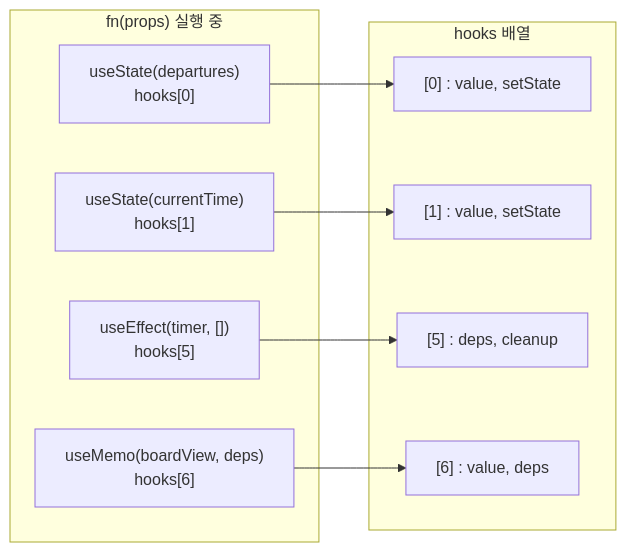
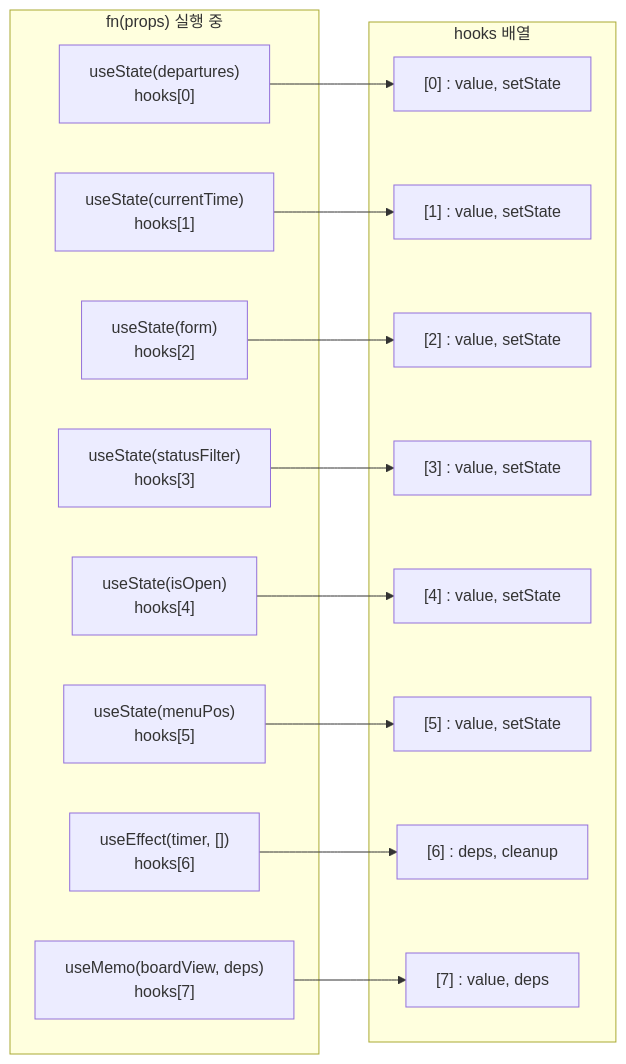
One commit to Jungle-12-303/week5.5_react changed the third of 10 diagrams in README.md. Above: the diagram before and after it, drawn with Mermaid. The commit also changed other lines of this file, not shown here.

````diff
--- a/README.md
+++ b/README.md
@@ -100,21 +117,33 @@
 ```mermaid
 flowchart LR
     subgraph render["fn(props) 실행 중"]
         H1["useState(departures)<br>hooks[0]"]
         H2["useState(currentTime)<br>hooks[1]"]
-        H3["useEffect(timer, [])<br>hooks[5]"]
-        H4["useMemo(boardView, deps)<br>hooks[6]"]
+        H3["useState(form)<br>hooks[2]"]
+        H4["useState(statusFilter)<br>hooks[3]"]
+        H5["useState(isOpen)<br>hooks[4]"]
+        H6["useState(menuPos)<br>hooks[5]"]
+        H7["useEffect(timer, [])<br>hooks[6]"]
+        H8["useMemo(boardView, deps)<br>hooks[7]"]
     end
 
     subgraph slots["hooks 배열"]
         S0["[0] : value, setState"]
         S1["[1] : value, setState"]
-        S5["[5] : deps, cleanup"]
-        S6["[6] : value, deps"]
+        S2["[2] : value, setState"]
+        S3["[3] : value, setState"]
+        S4["[4] : value, setState"]
+        S5["[5] : value, setState"]
+        S6["[6] : deps, cleanup"]
+        S7["[7] : value, deps"]
     end
 
     H1 --> S0
     H2 --> S1
-    H3 --> S5
-    H4 --> S6
+    H3 --> S2
+    H4 --> S3
+    H5 --> S4
+    H6 --> S5
+    H7 --> S6
+    H8 --> S7
 ```
````
